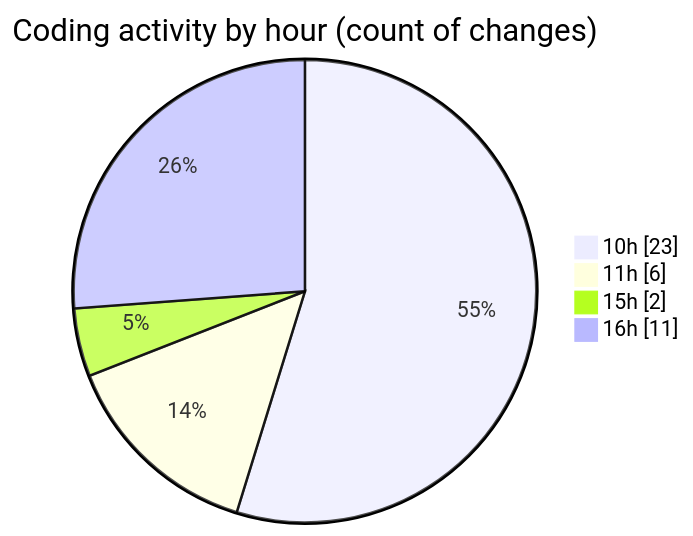
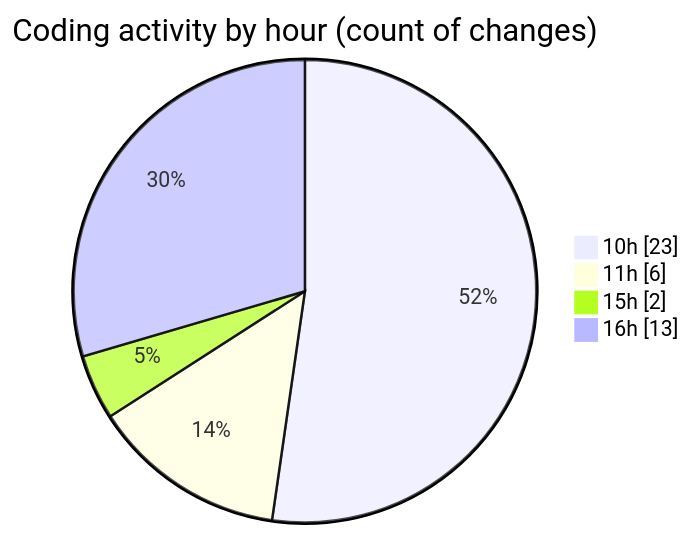
Before and after one commit to nxtqubesakshisongat/code-tracking: the second of 2 diagrams in 2026-05-04/nxtqube_webapp/README.md, drawn with Mermaid. The commit also changed other lines of this file and 1 other file, not shown here.

````diff
--- a/2026-05-04/nxtqube_webapp/README.md
+++ b/2026-05-04/nxtqube_webapp/README.md
@@ -34,8 +34,8 @@
 ```mermaid
 pie showData
 title Coding activity by hour (count of changes)
 "10h" : 23
 "11h" : 6
 "15h" : 2
-"16h" : 11
+"16h" : 13
 ```
````
